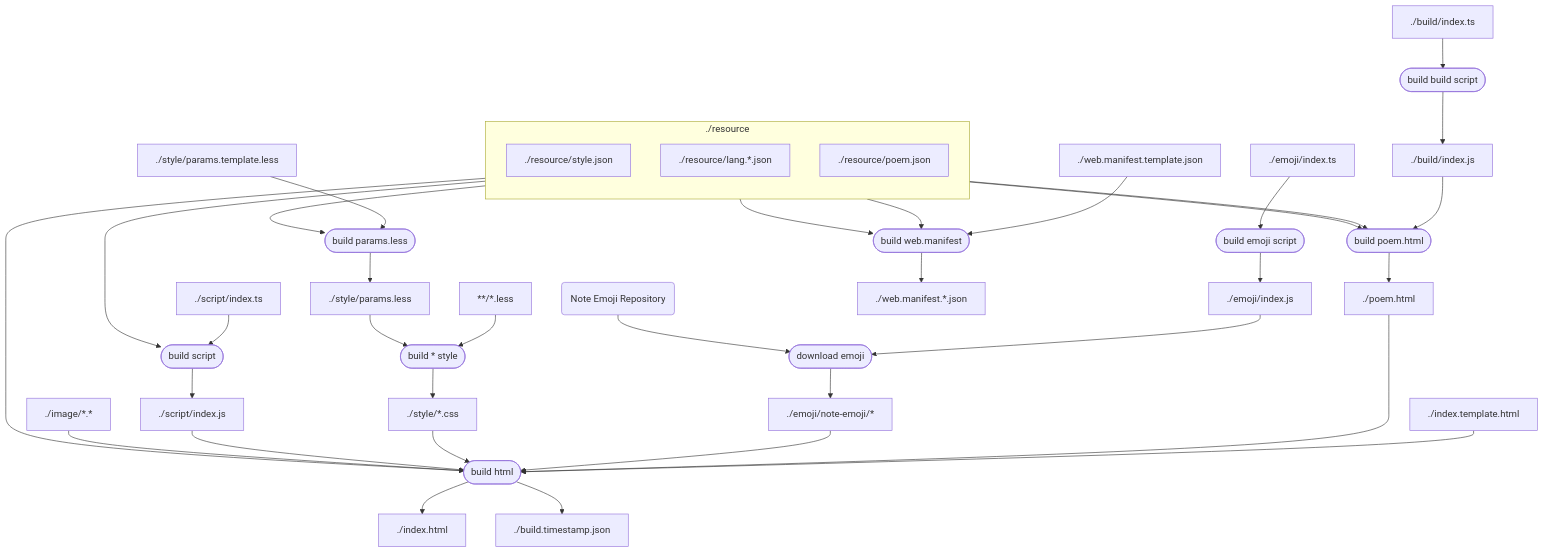
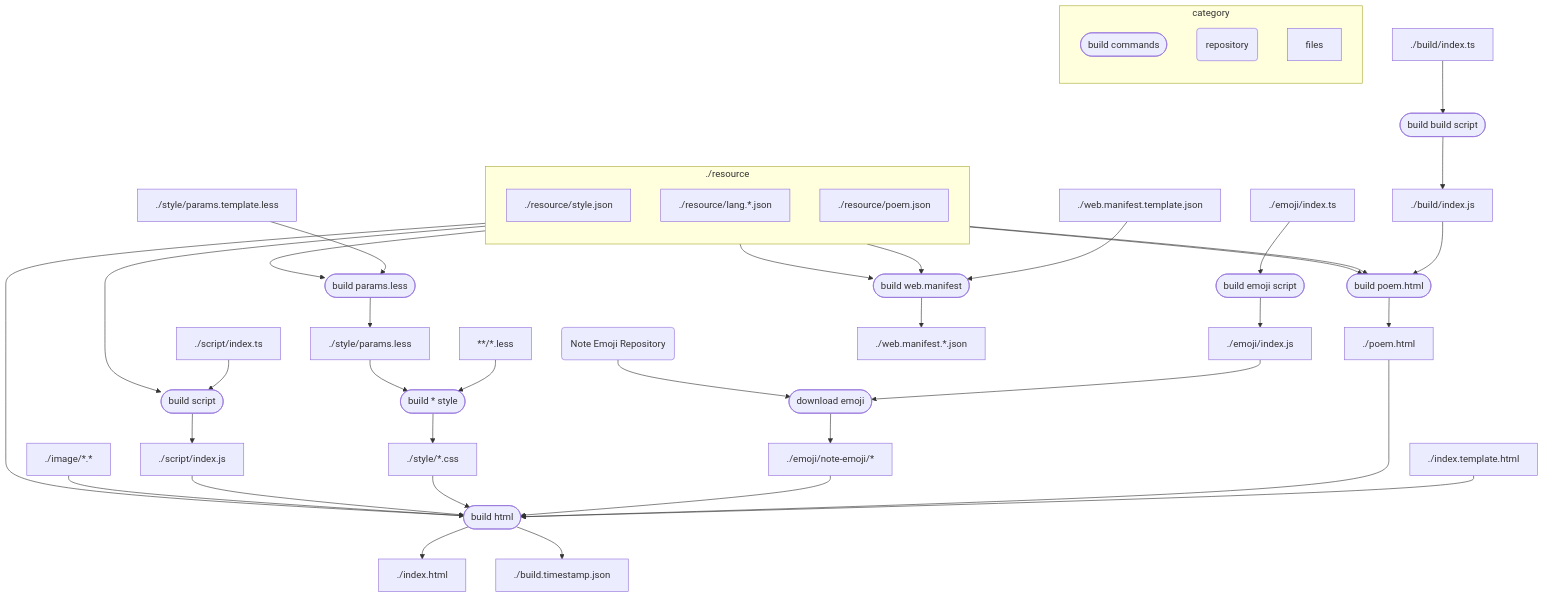
Before and after one commit to wraith13/cyclic-todo: the diagram in README.md, drawn with Mermaid. The commit also changed other lines of this file and 10 other files, not shown here.

````diff
--- a/README.md
+++ b/README.md
@@ -40,33 +40,39 @@
 ```mermaid
 graph TB;
+    subgraph category
+        direction TB;
+        bc([build commands]);
+        r(repository);
+        files;
+    end
     subgraph ./resource
         direction TB;
         ./resource/style.json;
         ./resource/lang.*.json;
         ./resource/poem.json;
     end
     ./resource/lang.*.json-->bph([build poem.html]);
     ./resource/lang.*.json-->bwm([build web.manifest])
     ./resource/style.json-->bpl([build params.less]);
     ./resource/style.json-->bwm([build web.manifest])
     ./resource/poem.json-->bph([build poem.html]);
     ./resource-->bs([build script]);
     ./resource-->bh([build html]);
     ./emoji/index.ts-->bes([build emoji script])-->./emoji/index.js;
     ./emoji/index.js-->de([download emoji])-->./emoji/note-emoji/*;
     ner(Note Emoji Repository)-->de([download emoji]);
     ./style/params.template.less-->bpl([build params.less])-->./style/params.less;
     **/*.less-->bst([build * style])-->./style/*.css;
     ./style/params.less-->bst([build * style])
     ./build/index.ts-->bbs([build build script])-->./build/index.js;
     ./build/index.js-->bph([build poem.html])-->./poem.html;
     ./script/index.ts-->bs([build script])-->./script/index.js;
     ./index.template.html-->bh([build html])-->./index.html;
     ./poem.html-->bh([build html]);
     ./emoji/note-emoji/*-->bh([build html]);
     ./style/*.css-->bh([build html]);
     ./script/index.js-->bh([build html]);
     ./image/*.*-->bh([build html]);
     bh([build html])-->./build.timestamp.json;
     ./web.manifest.template.json-->bwm([build web.manifest])-->./web.manifest.*.json;
 ```
````
